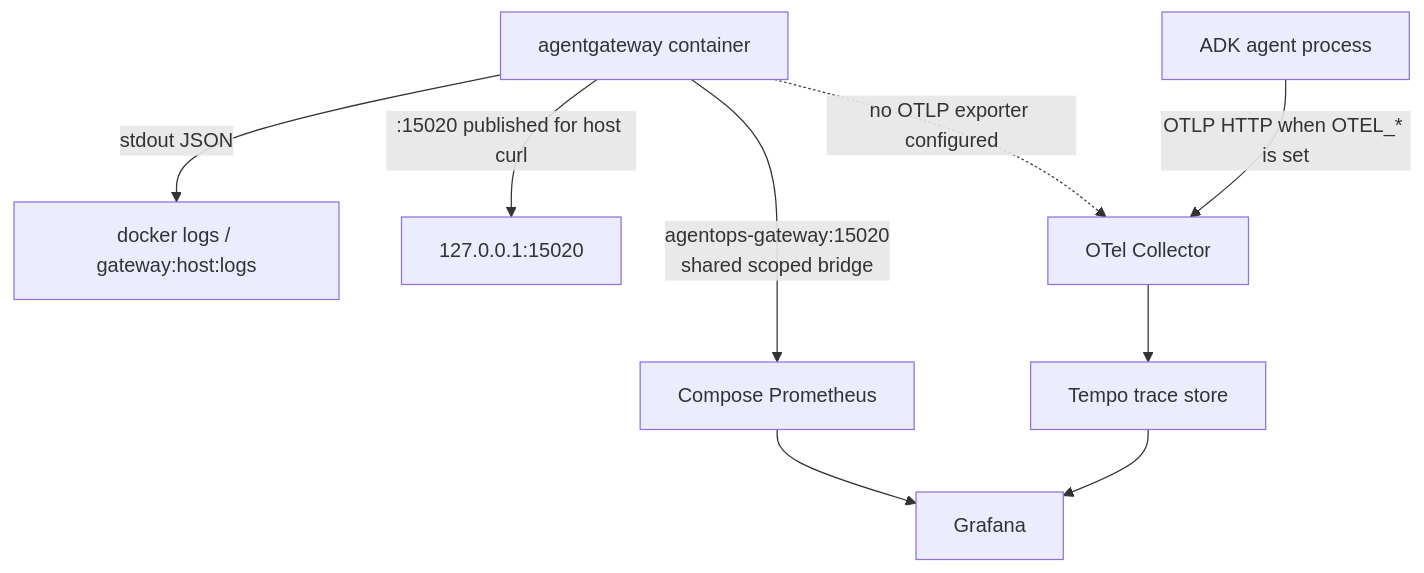
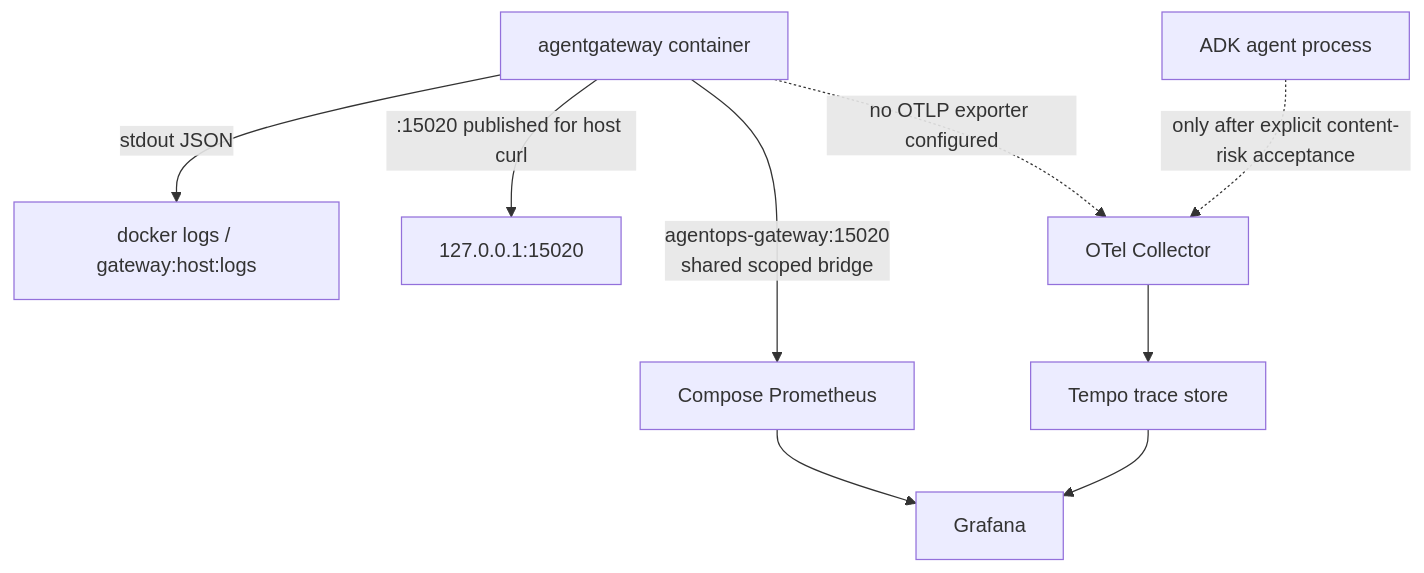
One commit to LuiGGi629/agentops-open-course changed the second of 3 diagrams in content/5. Gateway/5.6. Gateway Observability.md. Above: the diagram before and after it, drawn with Mermaid. The commit also changed other lines of this file and 87 other files, not shown here.

````diff
--- a/content/5. Gateway/5.6. Gateway Observability.md
+++ b/content/5. Gateway/5.6. Gateway Observability.md
@@ -199,11 +198,11 @@
 ```mermaid
 flowchart TD
     Gateway[agentgateway container] -->|stdout JSON| Logs[docker logs / gateway:host:logs]
     Gateway -->|:15020 published for host curl| Published[127.0.0.1:15020]
     Gateway -->|agentops-gateway:15020<br/>shared scoped bridge| Prometheus[Compose Prometheus]
     Prometheus --> Grafana
     Gateway -.->|no OTLP exporter configured| Collector[OTel Collector]
-    Agent[ADK agent process] -->|OTLP HTTP when OTEL_* is set| Collector
+    Agent[ADK agent process] -.->|only after explicit content-risk acceptance| Collector
     Collector --> Tempo[Tempo trace store]
     Tempo --> Grafana
 ```
````
